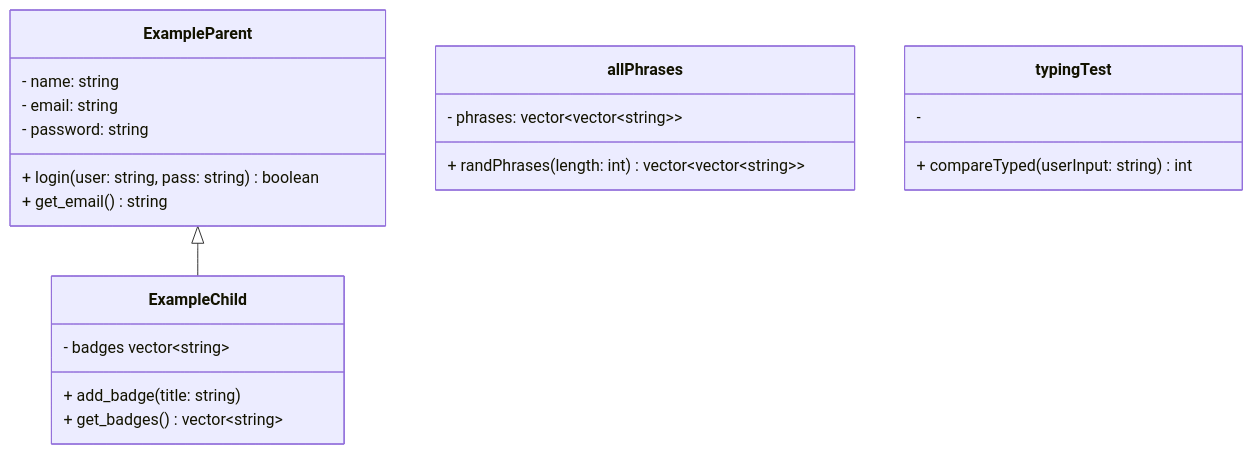
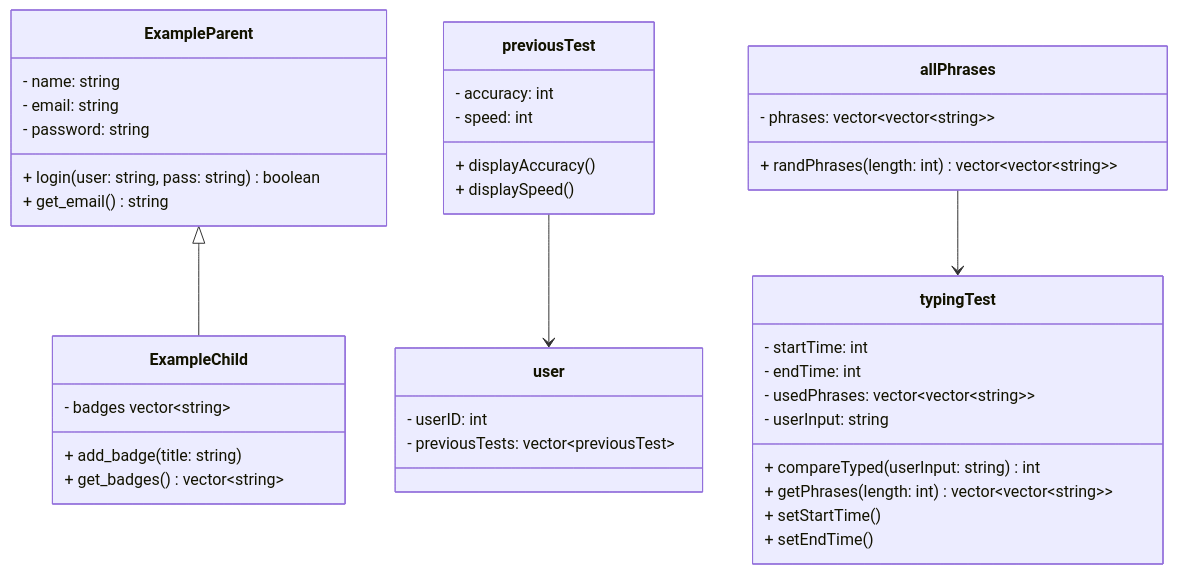
Before and after one commit to ImagenL/tippitytappity-design: the diagram in README.md, drawn with Mermaid.

````diff
--- a/README.md
+++ b/README.md
@@ -8,25 +8,45 @@
 ```mermaid
 classDiagram
   ExampleParent <|-- ExampleChild
+  previousTest --> user
+  allPhrases --> typingTest
   class ExampleParent{
         - name: string
         - email: string
         - password: string
         + login(user: string, pass: string) boolean
         + get_email() string
   }
   class ExampleChild{
         - badges vector~string~
         + add_badge(title: string)
         + get_badges() vector~string~
   }
 
   class allPhrases{
         - phrases: vector~vector~string~~
         + randPhrases(length: int) vector~vector~string~~
   }
   class typingTest{
-  - 
-  + compareTyped(userInput: string) int
+      - startTime: int
+      - endTime: int
+      - usedPhrases: vector~vector~string~~
+      - userInput: string
+      + compareTyped(userInput: string) int
+      + getPhrases(length: int) vector~vector~string~~
+      + setStartTime()
+      + setEndTime()
   }
+  class previousTest{
+      - accuracy: int
+      - speed: int
+      + displayAccuracy()
+      + displaySpeed()
+  }
+  class user{
+      - userID: int
+      - previousTests: vector~previousTest~
+
+  }
+
 ```
````
